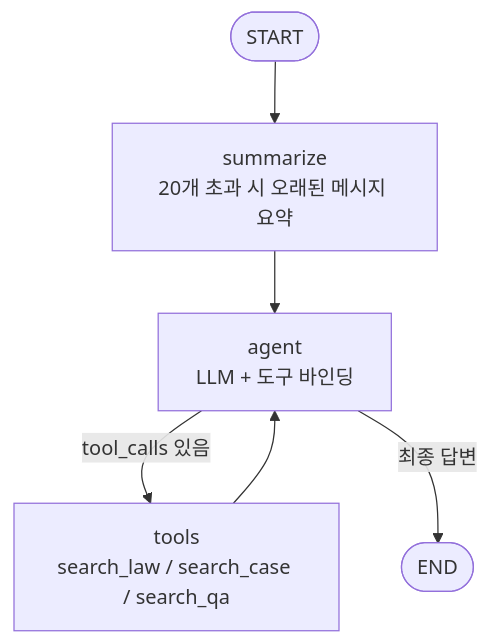
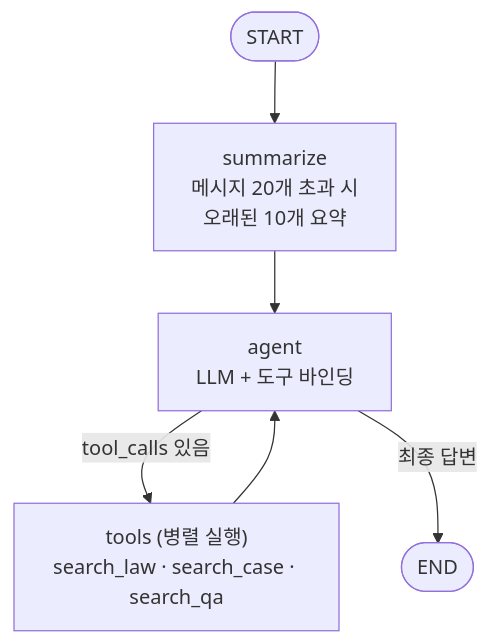
The diagram in online_law/README.md (HojuneLee0106/online_law), drawn with Mermaid before and after one commit. The commit also changed other lines of this file, not shown here.

````diff
--- a/online_law/README.md
+++ b/online_law/README.md
@@ -18,8 +43,8 @@
 ```mermaid
 graph TD
-    START([START]) --> summarize[summarize<br/>20개 초과 시 오래된 메시지 요약]
-    summarize --> agent[agent<br/>LLM + 도구 바인딩]
-    agent -->|tool_calls 있음| tools[tools<br/>search_law / search_case / search_qa]
+    START([START]) --> summarize["summarize<br/>메시지 20개 초과 시<br/>오래된 10개 요약"]
+    summarize --> agent["agent<br/>LLM + 도구 바인딩"]
+    agent -->|tool_calls 있음| tools["tools (병렬 실행)<br/>search_law · search_case · search_qa"]
     tools --> agent
     agent -->|최종 답변| END([END])
 ```
````
